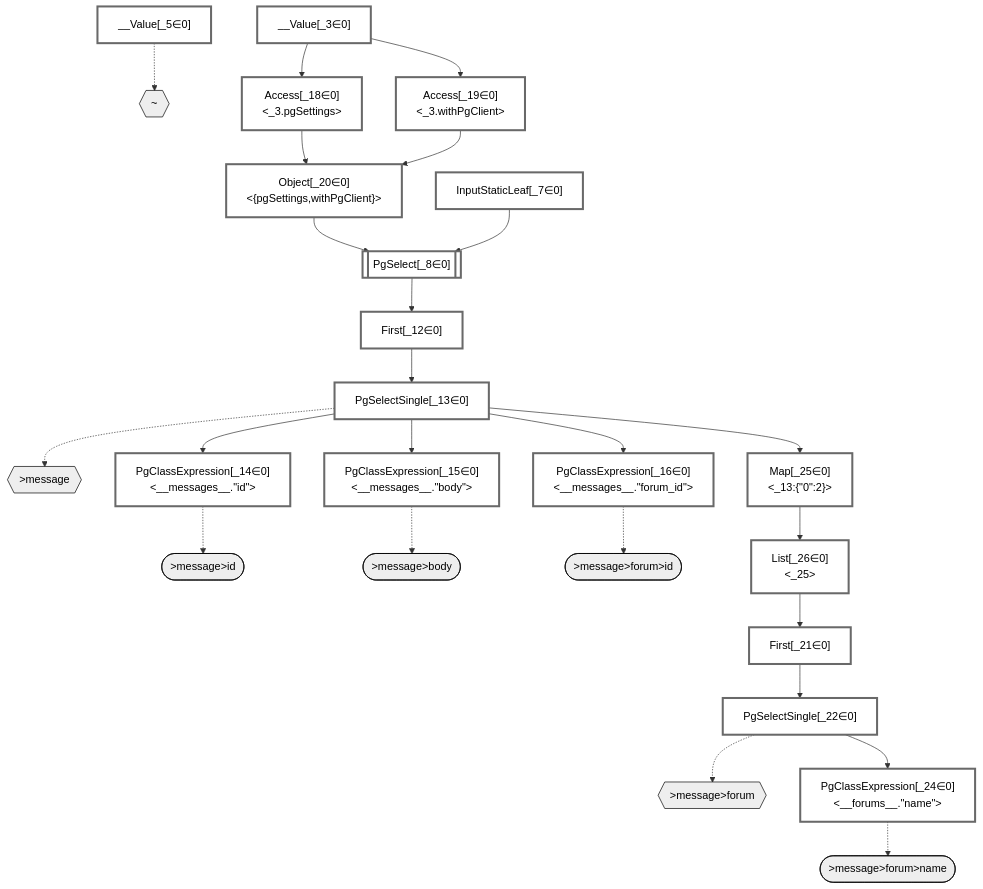
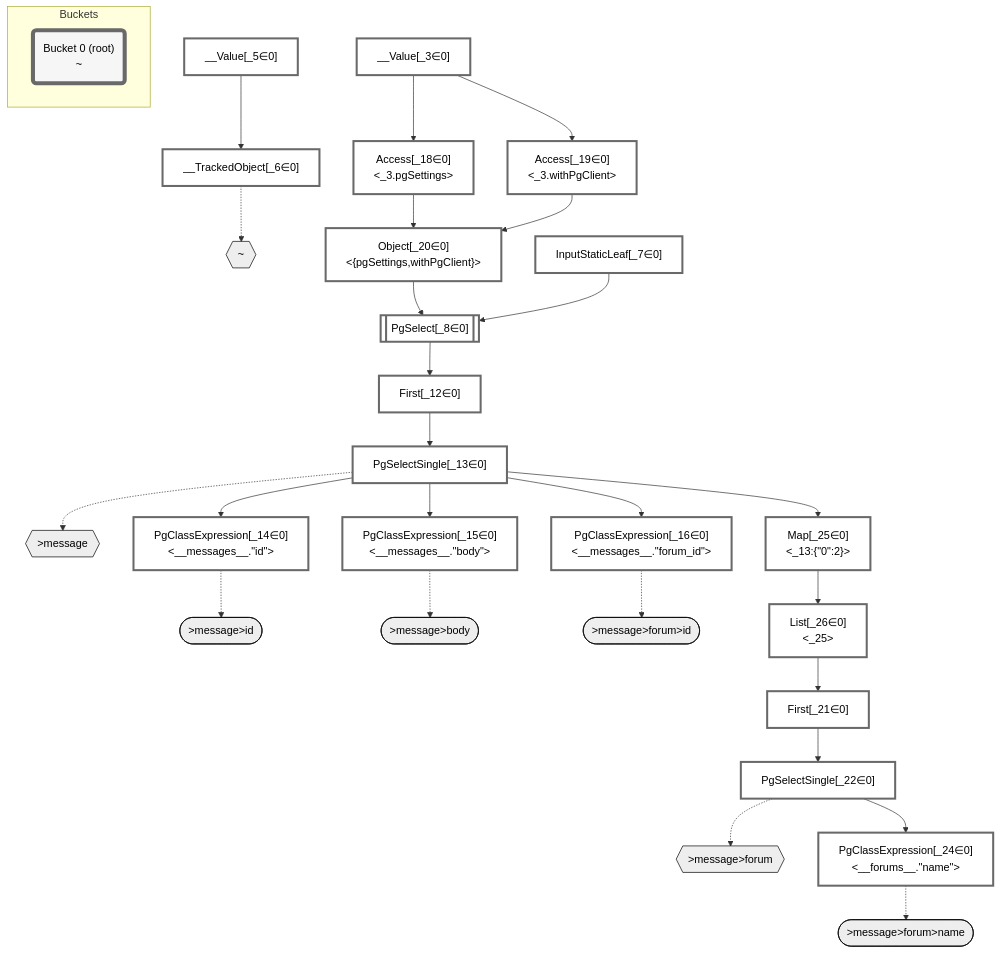
The diagram in packages/dataplan-pg/__tests__/queries/relations/basics.mermaid.md (graphile/crystal), drawn with Mermaid before and after one commit. The commit also changed 195 other files, not shown here.

````diff
--- a/packages/dataplan-pg/__tests__/queries/relations/basics.mermaid.md
+++ b/packages/dataplan-pg/__tests__/queries/relations/basics.mermaid.md
@@ -1,73 +1,81 @@
 ```mermaid
 graph TD
     classDef path fill:#eee,stroke:#000,color:#000
     classDef plan fill:#fff,stroke-width:3px,color:#000
     classDef itemplan fill:#fff,stroke-width:6px,color:#000
     classDef sideeffectplan fill:#f00,stroke-width:6px,color:#000
+    classDef bucket fill:#f6f6f6,color:#000,stroke-width:6px
 
     %% subgraph fields
     P1{{"~"}}:::path
     P2{{">message"}}:::path
     P3([">message>id"]):::path
     %% P2 -.-> P3
     P4([">message>body"]):::path
     %% P2 -.-> P4
     P5{{">message>forum"}}:::path
     P6([">message>forum>id"]):::path
     %% P5 -.-> P6
     P7([">message>forum>name"]):::path
     %% P5 -.-> P7
     %% P2 -.-> P5
     %% P1 -.-> P2
     %% end
 
     %% define plans
     __Value_3["__Value[_3∈0]<br /><context>"]:::plan
     __Value_5["__Value[_5∈0]<br /><rootValue>"]:::plan
+    __TrackedObject_6["__TrackedObject[_6∈0]"]:::plan
     InputStaticLeaf_7["InputStaticLeaf[_7∈0]"]:::plan
     PgSelect_8[["PgSelect[_8∈0]<br /><messages>"]]:::plan
     First_12["First[_12∈0]"]:::plan
     PgSelectSingle_13["PgSelectSingle[_13∈0]<br /><messages>"]:::plan
     PgClassExpression_14["PgClassExpression[_14∈0]<br /><__messages__.#quot;id#quot;>"]:::plan
     PgClassExpression_15["PgClassExpression[_15∈0]<br /><__messages__.#quot;body#quot;>"]:::plan
     PgClassExpression_16["PgClassExpression[_16∈0]<br /><__messages__.#quot;forum_id#quot;>"]:::plan
     Access_18["Access[_18∈0]<br /><_3.pgSettings>"]:::plan
     Access_19["Access[_19∈0]<br /><_3.withPgClient>"]:::plan
     Object_20["Object[_20∈0]<br /><{pgSettings,withPgClient}>"]:::plan
     First_21["First[_21∈0]"]:::plan
     PgSelectSingle_22["PgSelectSingle[_22∈0]<br /><forums>"]:::plan
     PgClassExpression_24["PgClassExpression[_24∈0]<br /><__forums__.#quot;name#quot;>"]:::plan
     Map_25["Map[_25∈0]<br /><_13:{#quot;0#quot;:2}>"]:::plan
     List_26["List[_26∈0]<br /><_25>"]:::plan
 
     %% plan dependencies
+    __Value_5 --> __TrackedObject_6
     Object_20 --> PgSelect_8
     InputStaticLeaf_7 --> PgSelect_8
     PgSelect_8 --> First_12
     First_12 --> PgSelectSingle_13
     PgSelectSingle_13 --> PgClassExpression_14
     PgSelectSingle_13 --> PgClassExpression_15
     PgSelectSingle_13 --> PgClassExpression_16
     __Value_3 --> Access_18
     __Value_3 --> Access_19
     Access_18 --> Object_20
     Access_19 --> Object_20
     List_26 --> First_21
     First_21 --> PgSelectSingle_22
     PgSelectSingle_22 --> PgClassExpression_24
     PgSelectSingle_13 --> Map_25
     Map_25 --> List_26
 
     %% plan-to-path relationships
-    __Value_5 -.-> P1
+    __TrackedObject_6 -.-> P1
     PgSelectSingle_13 -.-> P2
     PgClassExpression_14 -.-> P3
     PgClassExpression_15 -.-> P4
     PgSelectSingle_22 -.-> P5
     PgClassExpression_16 -.-> P6
     PgClassExpression_24 -.-> P7
 
     %% allocate buckets
     classDef bucket0 stroke:#696969
-    class __Value_3,__Value_5,InputStaticLeaf_7,PgSelect_8,First_12,PgSelectSingle_13,PgClassExpression_14,PgClassExpression_15,PgClassExpression_16,Access_18,Access_19,Object_20,First_21,PgSelectSingle_22,PgClassExpression_24,Map_25,List_26 bucket0
+    class __Value_3,__Value_5,__TrackedObject_6,InputStaticLeaf_7,PgSelect_8,First_12,PgSelectSingle_13,PgClassExpression_14,PgClassExpression_15,PgClassExpression_16,Access_18,Access_19,Object_20,First_21,PgSelectSingle_22,PgClassExpression_24,Map_25,List_26 bucket0
+
+    subgraph Buckets
+    Bucket0("Bucket 0 (root)<br />~"):::bucket
+    style Bucket0 stroke:#696969
+    end
 ```
````
